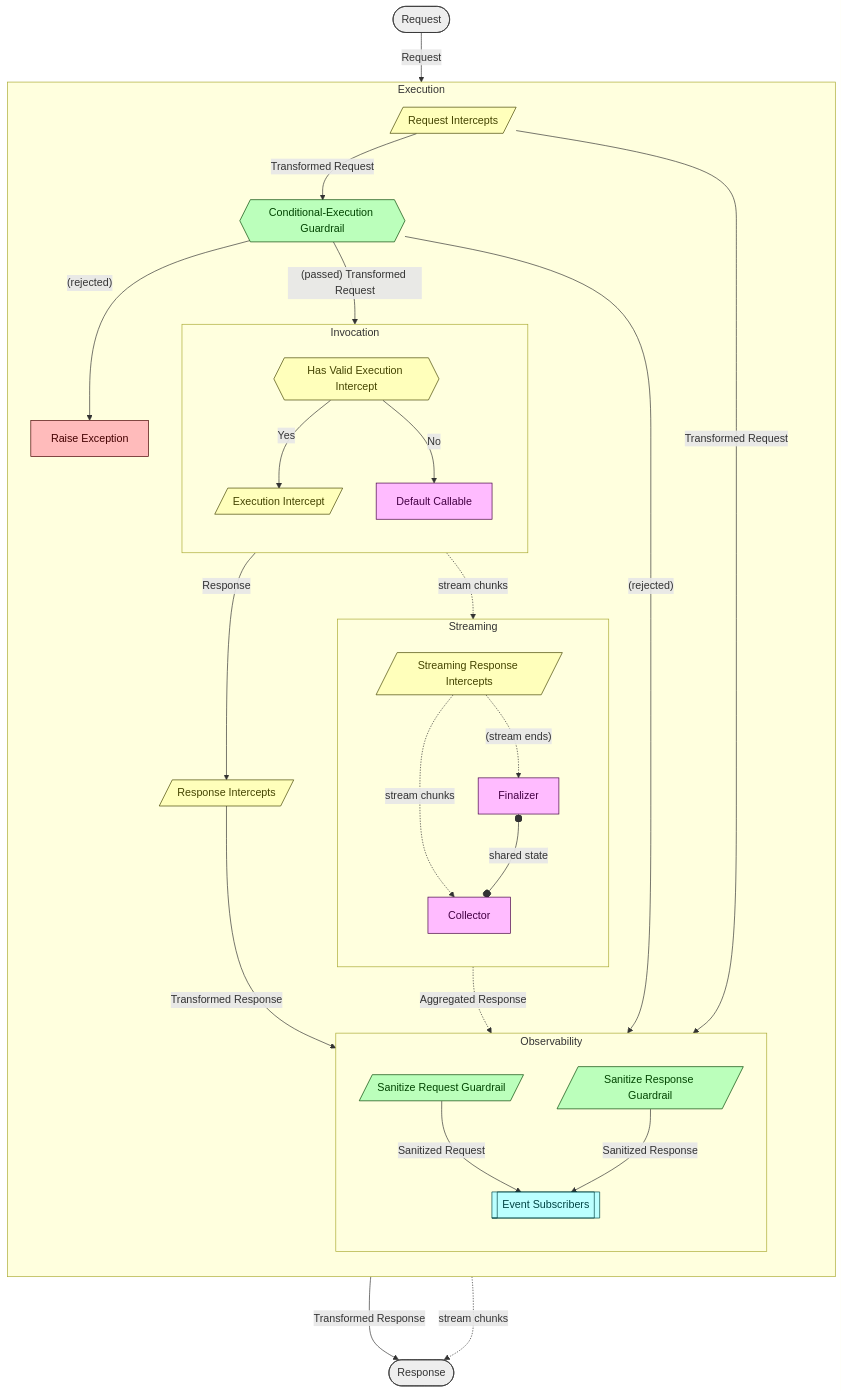
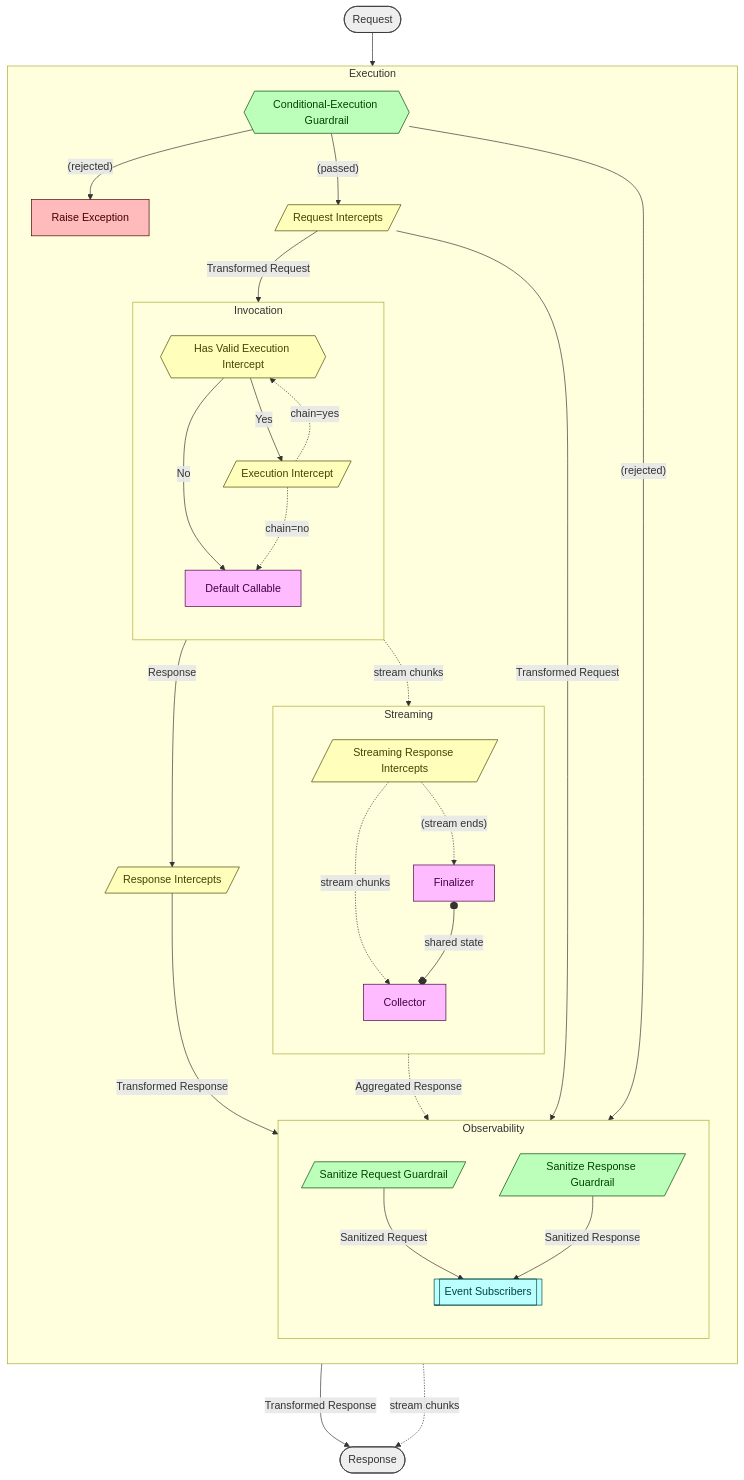
One commit to NVIDIA/NeMo-Relay changed the diagram in README.md. Above: the diagram before and after it, drawn with Mermaid. The commit also changed 56 other files, not shown here.

````diff
--- a/README.md
+++ b/README.md
@@ -108,78 +108,80 @@
 ```mermaid
 flowchart TB
     Request([Request])
 
     subgraph Execution
         direction TB
+        ConditionalExecutionGuardrails{{Conditional-Execution Guardrail}}
         RequestIntercepts[/Request Intercepts/]
-        ConditionalExecutionGuardrails{{Conditional-Execution Guardrail}}
         RaiseException[Raise Exception]
         subgraph Invocation
             direction TB
             HasExecutionIntercept{{Has Valid Execution Intercept}}
             ExecutionIntercepts[/Execution Intercept/]
             DefaultCallable[Default Callable]
         end
 
         subgraph Streaming
             direction TB
             StreamingResponseIntercepts[/Streaming Response Intercepts/]
             Finalizer[Finalizer]
             Collector[Collector]
         end
 
         ResponseIntercepts[/Response Intercepts/]
 
         subgraph Observability
             direction TB
             SanitizeRequestGuardrails[/Sanitize Request Guardrail/]
             SanitizeResponseGuardrails[/Sanitize Response Guardrail/]
             EventSubscribers[["Event Subscribers"]]
         end
     end
 
     Response([Response])
 
 
-    Request -->|Request| RequestIntercepts
-    RequestIntercepts -->|Transformed Request| SanitizeRequestGuardrails
-    RequestIntercepts -->|Transformed Request| ConditionalExecutionGuardrails
+    Request --> ConditionalExecutionGuardrails
+    RequestIntercepts -->|Transformed Request| SanitizeRequestGuardrails & Invocation
     ConditionalExecutionGuardrails -->|"(rejected)"| EventSubscribers
     ConditionalExecutionGuardrails -->|"(rejected)"| RaiseException
-    ConditionalExecutionGuardrails -->|"(passed)" Transformed Request| Invocation
+    ConditionalExecutionGuardrails -->|"(passed)" | RequestIntercepts
+
+    HasExecutionIntercept -->|No| DefaultCallable
     HasExecutionIntercept -->|Yes| ExecutionIntercepts
-    HasExecutionIntercept -->|No| DefaultCallable
+    ExecutionIntercepts -.->|chain=yes| HasExecutionIntercept
+    ExecutionIntercepts -.->|chain=no| DefaultCallable
 
     Invocation -->|Response| ResponseIntercepts
     ResponseIntercepts -->|Transformed Response| SanitizeResponseGuardrails
     ResponseIntercepts -->|Transformed Response| Response
 
     Invocation -.->|stream chunks| StreamingResponseIntercepts
     StreamingResponseIntercepts -.->|"(stream ends)"| Finalizer
     StreamingResponseIntercepts -.->|stream chunks| Collector
     Collector -..->|stream chunks| Response
     Finalizer -.->|Aggregated Response| SanitizeResponseGuardrails
     Finalizer o--o|shared state| Collector
 
 
     SanitizeRequestGuardrails -->|Sanitized Request| EventSubscribers
     SanitizeResponseGuardrails -->|Sanitized Response| EventSubscribers
 
 
 
     style Request fill:#eee,stroke:#333,color:#333
     style Response fill:#eee,stroke:#333,color:#333
     style EventSubscribers fill:#bff,stroke:#044,color:#044
     style RequestIntercepts fill:#ffb,stroke:#440,color:#440
     style HasExecutionIntercept fill:#ffb,stroke:#440,color:#440
     style ResponseIntercepts fill:#ffb,stroke:#440,color:#440
     style StreamingResponseIntercepts fill:#ffb,stroke:#440,color:#440
     style ExecutionIntercepts fill:#ffb,stroke:#440,color:#440
     style ConditionalExecutionGuardrails fill:#bfb,stroke:#040,color:#040
     style SanitizeRequestGuardrails fill:#bfb,stroke:#040,color:#040
     style SanitizeResponseGuardrails fill:#bfb,stroke:#040,color:#040
     style RaiseException fill:#fbb,stroke:#400,color:#400
     style DefaultCallable fill:#fbf,stroke:#404,color:#404
     style Collector fill:#fbf,stroke:#404,color:#404
     style Finalizer fill:#fbf,stroke:#404,color:#404
 ```
````
